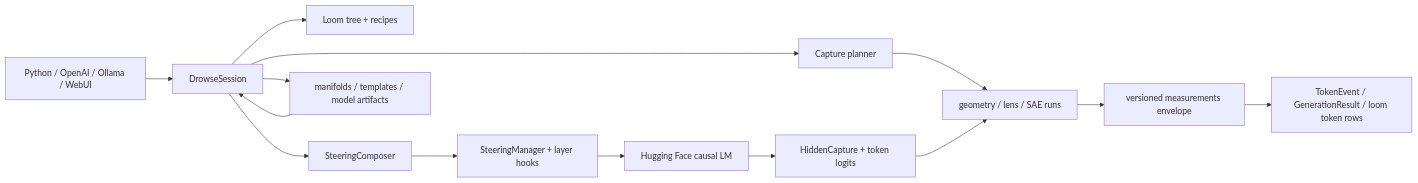
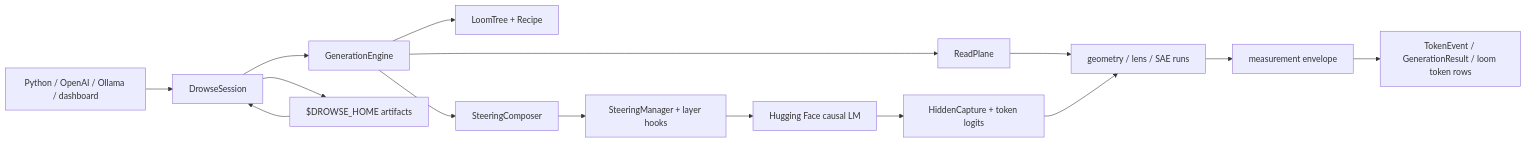
The diagram in ARCHITECTURE.md (a9lim/drowse), drawn with Mermaid before and after one commit. The commit also changed other lines of this file and 19 other files, not shown here.

````diff
--- a/ARCHITECTURE.md
+++ b/ARCHITECTURE.md
@@ -22,16 +26,17 @@
 ```mermaid
 flowchart LR
-    Clients["Python / OpenAI / Ollama / WebUI"] --> Session["DrowseSession"]
-    Session --> Loom["Loom tree + recipes"]
-    Session --> Composer["SteeringComposer"]
+    Clients["Python / OpenAI / Ollama / dashboard"] --> Session["DrowseSession"]
+    Session --> Engine["GenerationEngine"]
+    Engine --> Loom["LoomTree + Recipe"]
+    Engine --> Composer["SteeringComposer"]
     Composer --> Hooks["SteeringManager + layer hooks"]
-    Session --> Planner["Capture planner"]
-    Planner --> Runs["geometry / lens / SAE runs"]
+    Engine --> ReadPlane["ReadPlane"]
+    ReadPlane --> Runs["geometry / lens / SAE runs"]
     Hooks --> Model["Hugging Face causal LM"]
     Model --> Capture["HiddenCapture + token logits"]
     Capture --> Runs
-    Runs --> Measurements["versioned measurements envelope"]
-    Measurements --> Results["TokenEvent / GenerationResult / loom token rows"]
-    Store["manifolds / templates / model artifacts"] --> Session
+    Runs --> Envelope["measurement envelope"]
+    Envelope --> Results["TokenEvent / GenerationResult / loom token rows"]
+    Store["$DROWSE_HOME artifacts"] --> Session
     Session --> Store
 ```
````
